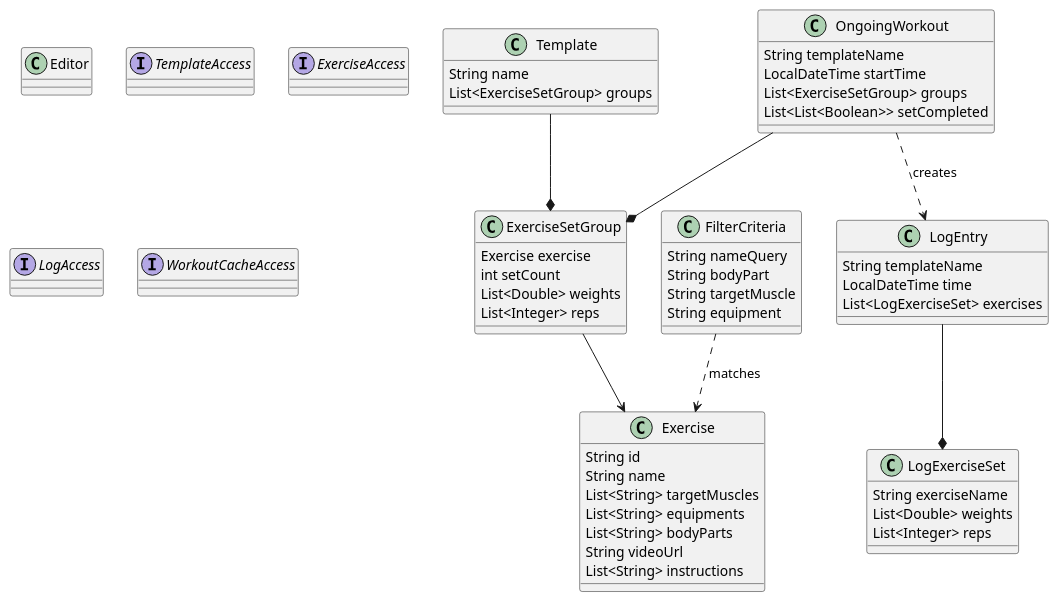
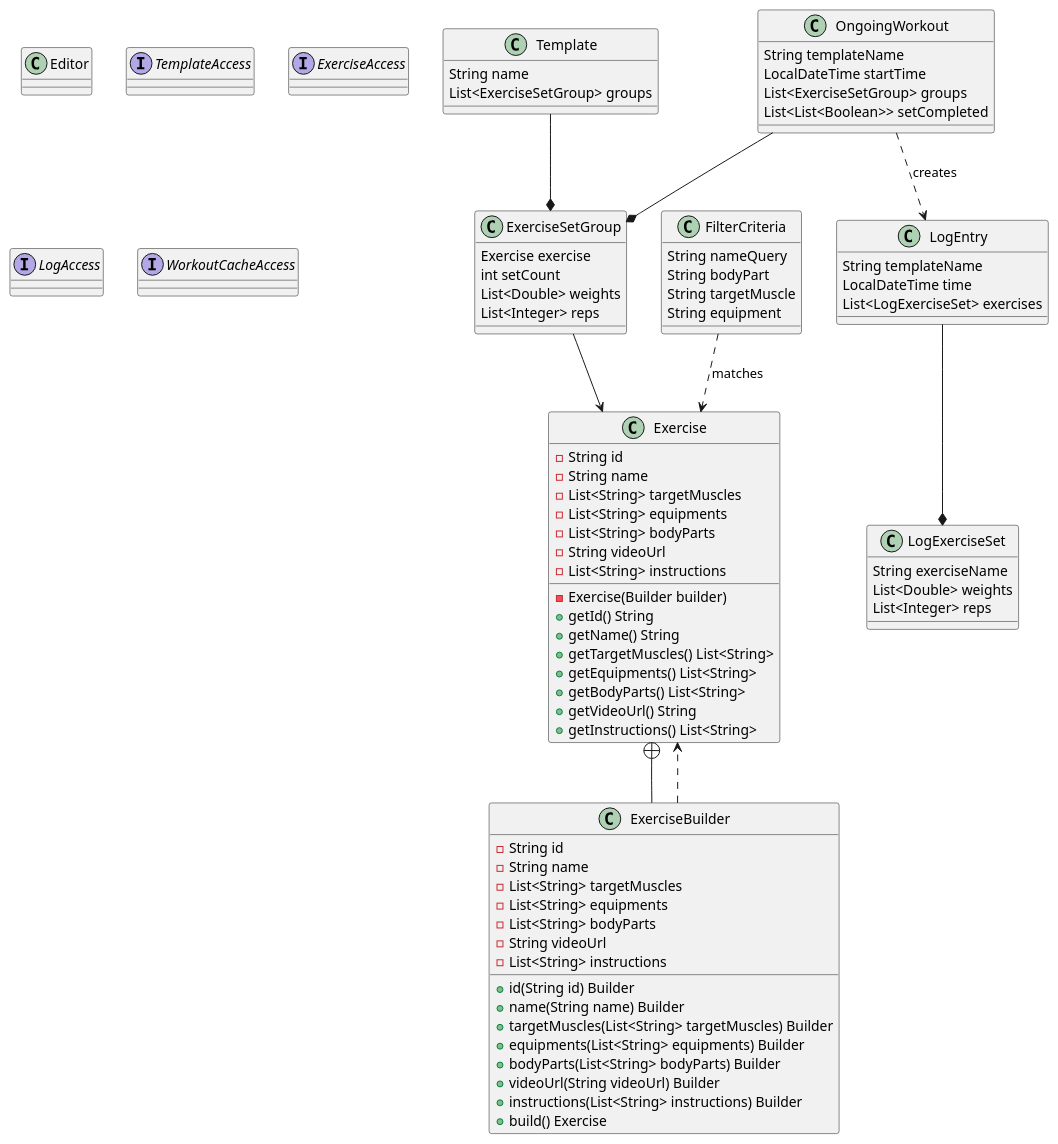
Before and after one commit to BeautifulSkyTian/CSC207-Team: the diagram in README.md, drawn with PlantUML. The commit also changed 1 other file, not shown here.

Commit message:
changed the exercise entity class to implement a builder design. Also added doc strings to the class and updated the uml diagram in the read me tab.

```diff
--- a/README.md
+++ b/README.md
@@ -96,13 +96,41 @@
 ExerciseSetGroup : List<Integer> reps
 
 class Exercise
-Exercise : String id
-Exercise : String name
-Exercise : List<String> targetMuscles
-Exercise : List<String> equipments
-Exercise : List<String> bodyParts
-Exercise : String videoUrl
-Exercise : List<String> instructions
+Exercise : -String id
+Exercise : -String name
+Exercise : -List<String> targetMuscles
+Exercise : -List<String> equipments
+Exercise : -List<String> bodyParts
+Exercise : -String videoUrl
+Exercise : -List<String> instructions
+Exercise : -Exercise(Builder builder)
+Exercise : +getId() String
+Exercise : +getName() String
+Exercise : +getTargetMuscles() List<String>
+Exercise : +getEquipments() List<String>
+Exercise : +getBodyParts() List<String>
+Exercise : +getVideoUrl() String
+Exercise : +getInstructions() List<String>
+
+class ExerciseBuilder
+ExerciseBuilder : -String id
+ExerciseBuilder : -String name
+ExerciseBuilder : -List<String> targetMuscles
+ExerciseBuilder : -List<String> equipments
+ExerciseBuilder : -List<String> bodyParts
+ExerciseBuilder : -String videoUrl
+ExerciseBuilder : -List<String> instructions
+ExerciseBuilder : +id(String id) Builder
+ExerciseBuilder : +name(String name) Builder
+ExerciseBuilder : +targetMuscles(List<String> targetMuscles) Builder
+ExerciseBuilder : +equipments(List<String> equipments) Builder
+ExerciseBuilder : +bodyParts(List<String> bodyParts) Builder
+ExerciseBuilder : +videoUrl(String videoUrl) Builder
+ExerciseBuilder : +instructions(List<String> instructions) Builder
+ExerciseBuilder : +build() Exercise
+
+Exercise +-- ExerciseBuilder
+ExerciseBuilder ..> Exercise
 
 
 Template --* ExerciseSetGroup
```
